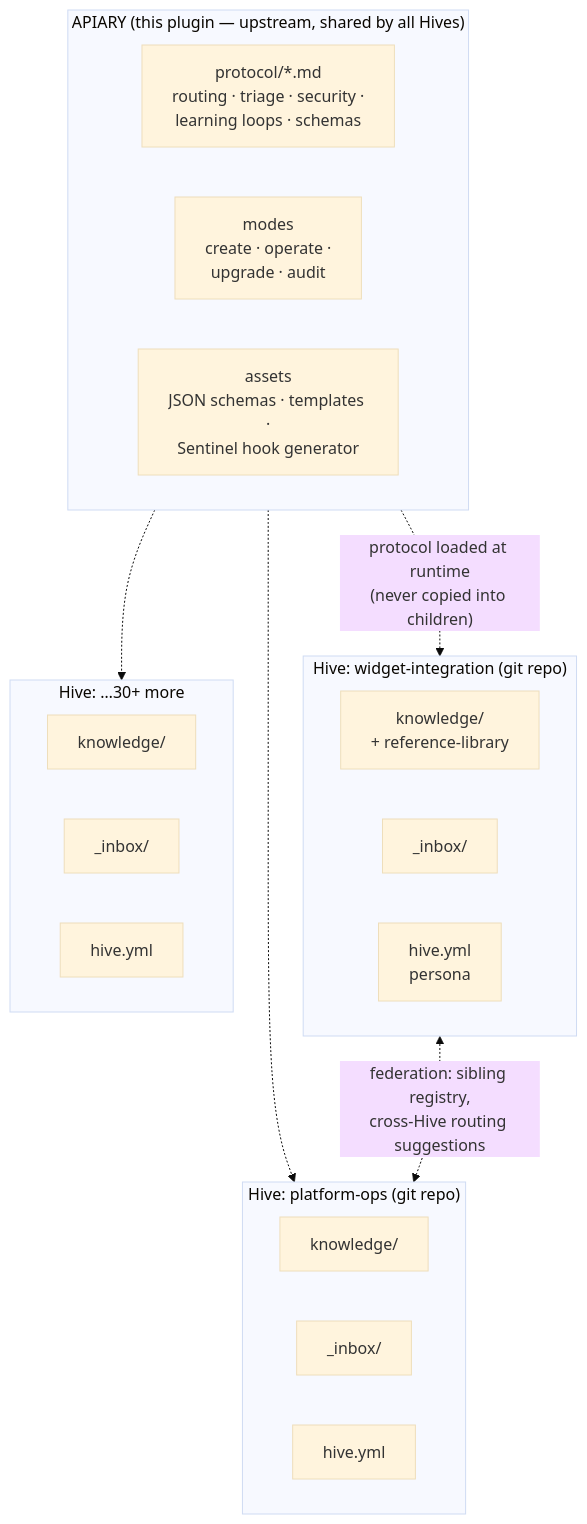
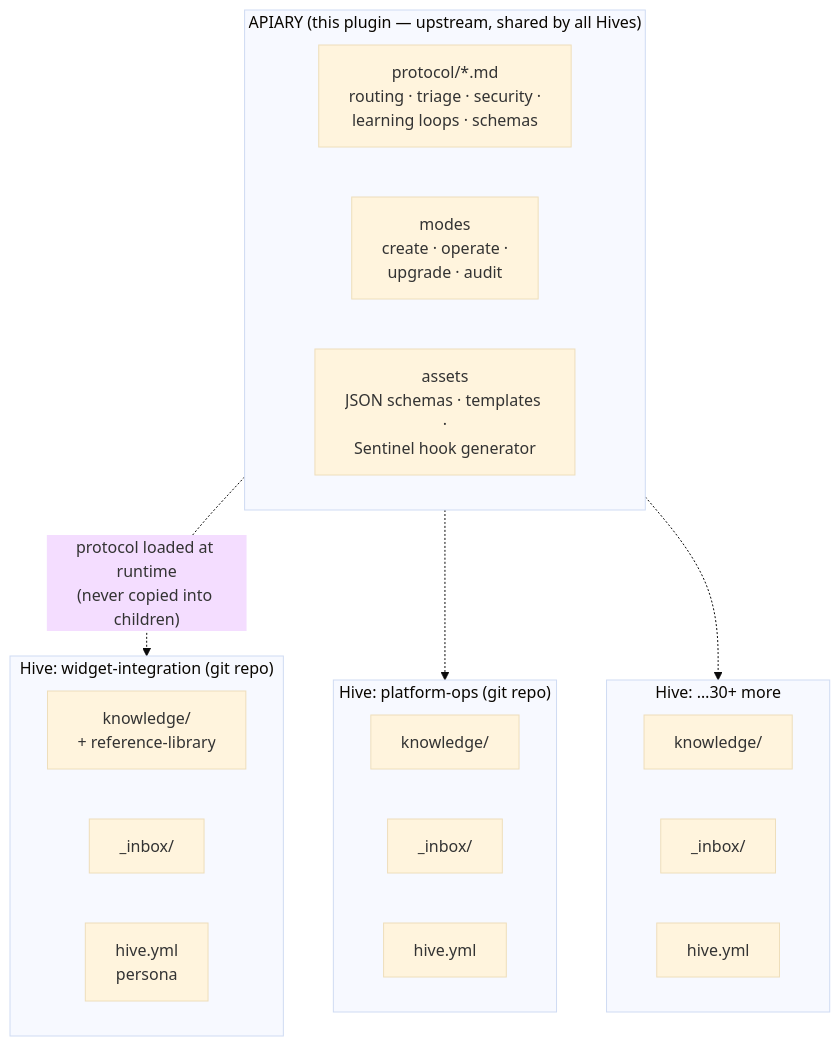
Before and after one commit to ahartzog/agent-plugins: the first of 3 diagrams in plugins/apiary/README.md, drawn with Mermaid (base theme). The commit also changed other lines of this file and 68 other files, not shown here.

````diff
--- a/plugins/apiary/README.md
+++ b/plugins/apiary/README.md
@@ -34,33 +34,32 @@
 ```mermaid
 flowchart TB
     subgraph APIARY["APIARY (this plugin — upstream, shared by all Hives)"]
         direction LR
         P["protocol/*.md<br/>routing · triage · security ·<br/>learning loops · schemas"]
         M["modes<br/>create · operate ·<br/>upgrade · audit"]
         A2["assets<br/>JSON schemas · templates ·<br/>Sentinel hook generator"]
     end
 
     subgraph H1["Hive: widget-integration (git repo)"]
         direction LR
         K1["knowledge/<br/>+ reference-library"]
         I1["_inbox/"]
         Y1["hive.yml<br/>persona"]
     end
     subgraph H2["Hive: platform-ops (git repo)"]
         direction LR
         K2["knowledge/"]
         I2["_inbox/"]
         Y2["hive.yml"]
     end
     subgraph H3["Hive: …30+ more"]
         direction LR
         K3["knowledge/"]
         I3["_inbox/"]
         Y3["hive.yml"]
     end
 
     APIARY -. "protocol loaded at runtime<br/>(never copied into children)" .-> H1
     APIARY -.-> H2
     APIARY -.-> H3
-    H1 <-. "federation: sibling registry,<br/>cross-Hive routing suggestions" .-> H2
 ```
````
